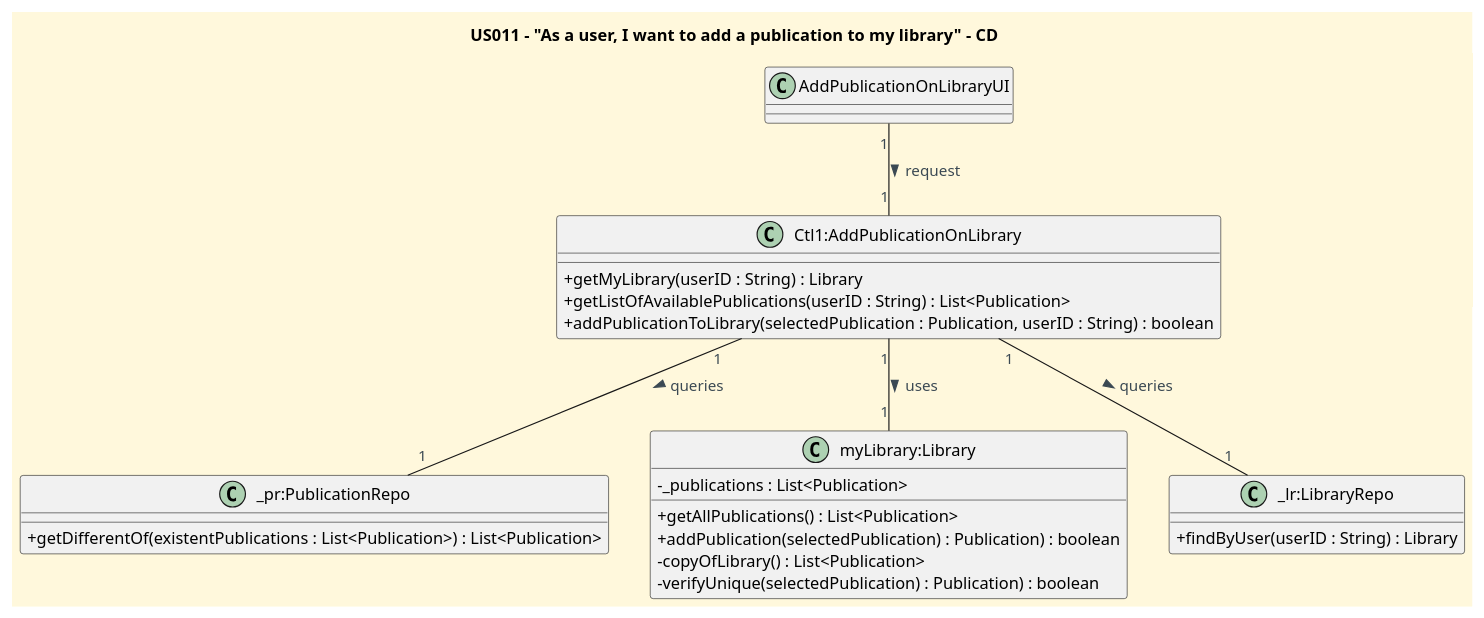
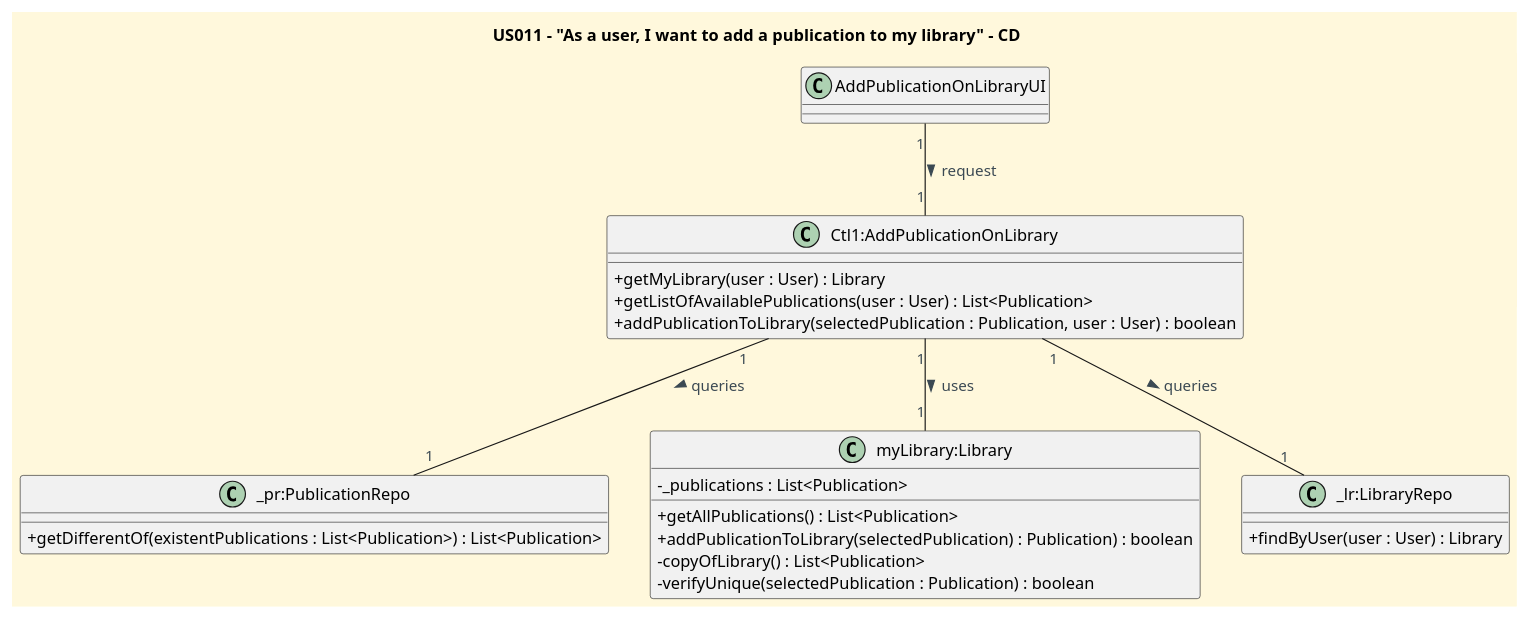
Before and after one commit to CarolinaLeite-collab/JavaMarketplacePlatform: the diagram in docs/userStories/US011/US011_add_publication_to_my_library_CD.puml, drawn with PlantUML. The commit also changed 1 other file, not shown here.

```diff
--- a/docs/userStories/US011/US011_add_publication_to_my_library_CD.puml
+++ b/docs/userStories/US011/US011_add_publication_to_my_library_CD.puml
@@ -1,48 +1,48 @@
 @startuml
 'https://plantuml.com/class-diagram
 title US011 – "As a user, I want to add a publication to my library" - CD
 
 
 '==== basic style ====
 skinparam monochrome false
 skinparam shadowing false
 skinparam defaultFontName Futura
 skinparam objectFontSize 20
 skinparam backgroundColor CornSilk
 skinparam objectBackgroundColor WhiteSmoke
 skinparam noteBackgroundColor #FFFFE0
 skinparam ArrowFontColor #3B4953
 skinparam ActivationBackgroundColor black
 skinparam classAttributeIconSize 0
 
 class AddPublicationOnLibraryUI
 
 class Ctl1:AddPublicationOnLibrary {
-    + getMyLibrary(userID : String) : Library
-    + getListOfAvailablePublications(userID : String) : List<Publication>
-    + addPublicationToLibrary(selectedPublication : Publication, userID : String) : boolean
+    + getMyLibrary(user : User) : Library
+    + getListOfAvailablePublications(user : User) : List<Publication>
+    + addPublicationToLibrary(selectedPublication : Publication, user : User) : boolean
 
 }
 
 class _pr:PublicationRepo {
     + getDifferentOf(existentPublications : List<Publication>) : List<Publication>
 }
 
 class myLibrary:Library {
     - _publications : List<Publication>
     + getAllPublications() : List<Publication>
-    + addPublication(selectedPublication) : Publication) : boolean
+    + addPublicationToLibrary(selectedPublication) : Publication) : boolean
     - copyOfLibrary() : List<Publication>
-    - verifyUnique(selectedPublication) : Publication) : boolean
+    - verifyUnique(selectedPublication : Publication) : boolean
 }
 
 class _lr:LibraryRepo {
-     + findByUser(userID : String) : Library
+     + findByUser(user : User) : Library
 }
 
 
 "AddPublicationOnLibraryUI" "1" -- "1" "Ctl1:AddPublicationOnLibrary" : request >
 "Ctl1:AddPublicationOnLibrary" "1" -- "1" "_pr:PublicationRepo" : queries >
 "Ctl1:AddPublicationOnLibrary" "1" -- "1" "myLibrary:Library" : uses >
 "Ctl1:AddPublicationOnLibrary" "1" -- "1" "_lr:LibraryRepo" : queries >
 @enduml
```
